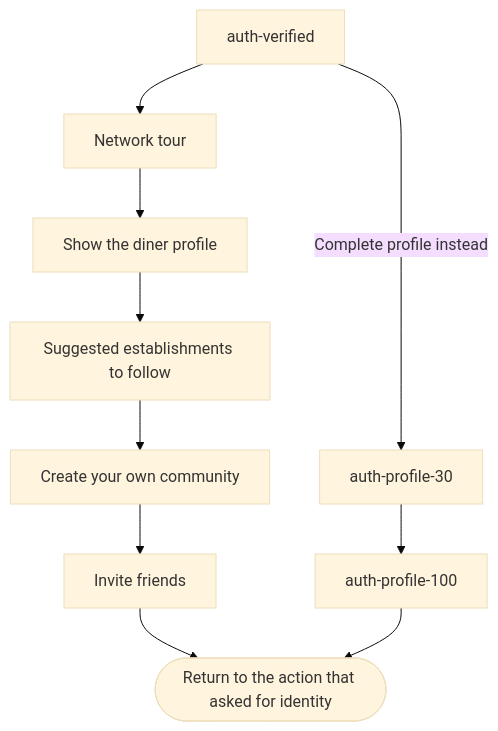
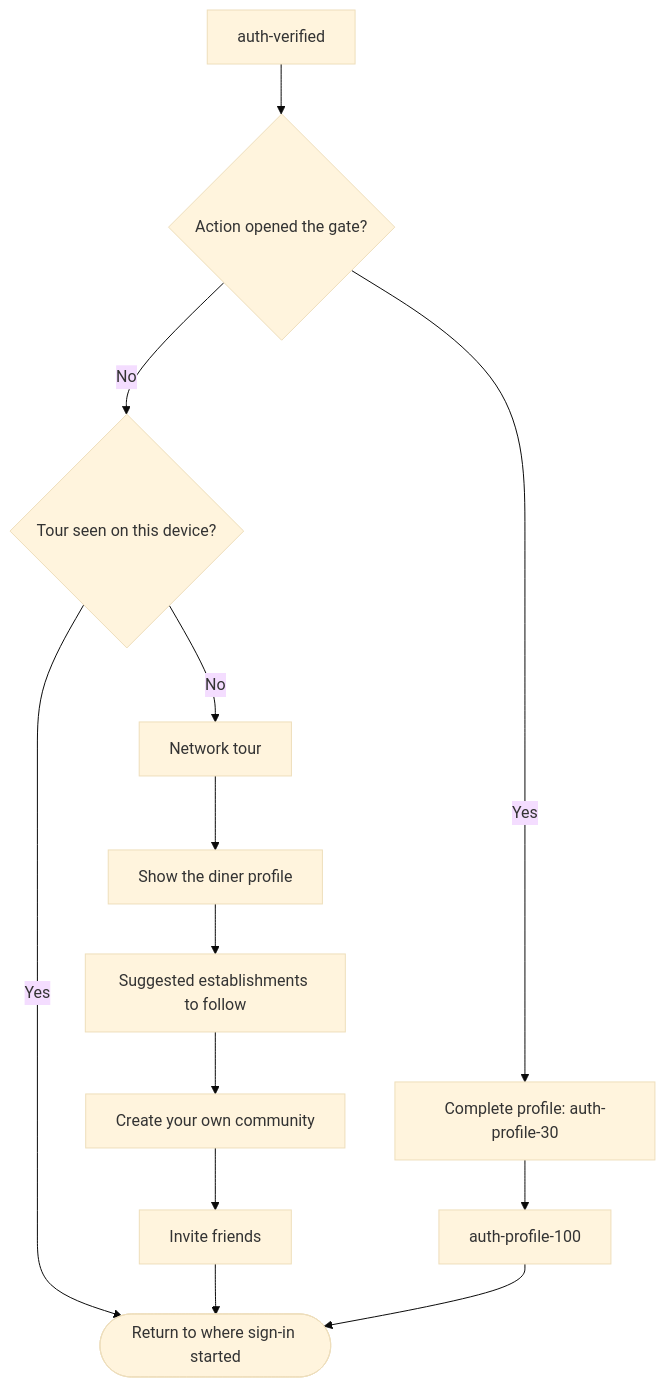
Before and after one commit to bawra11/elite-product: the second of 2 diagrams in product/detail-flows/01-onboarding.md, drawn with Mermaid (base theme). The commit also changed other lines of this file and 10 other files, not shown here.

````diff
--- a/product/detail-flows/01-onboarding.md
+++ b/product/detail-flows/01-onboarding.md
@@ -25,12 +29,15 @@
 ```mermaid
 flowchart TD
-  verified["auth-verified"] --> tour["Network tour"]
+  verified["auth-verified"] --> gated{Action opened the gate?}
+  gated -->|Yes| p30["Complete profile: auth-profile-30"]
+  gated -->|No| seen{Tour seen on this device?}
+  seen -->|Yes| done([Return to where sign-in started])
+  seen -->|No| tour["Network tour"]
   tour --> showProfile["Show the diner profile"]
   showProfile --> suggest["Suggested establishments to follow"]
   suggest --> community["Create your own community"]
   community --> invite["Invite friends"]
-  invite --> done([Return to the action that asked for identity])
-  verified -->|Complete profile instead| p30["auth-profile-30"]
+  invite --> done
   p30 --> p100["auth-profile-100"]
   p100 --> done
 ```
````
